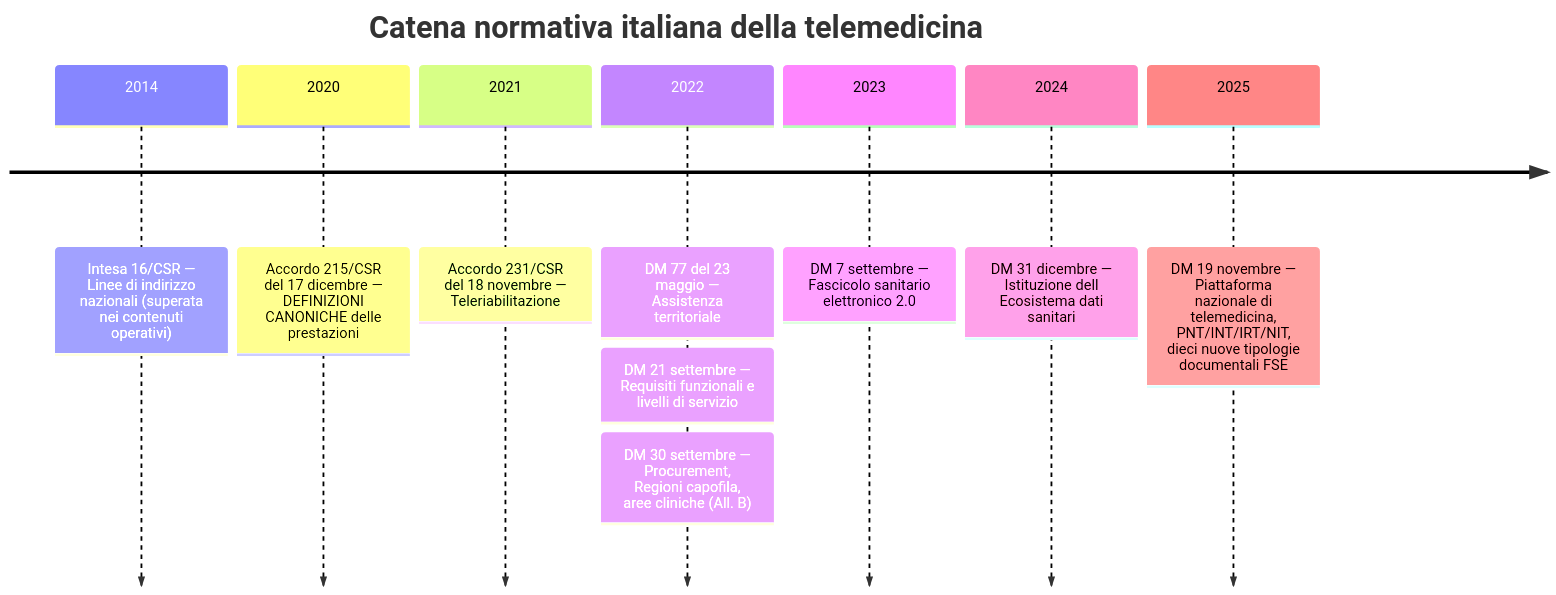
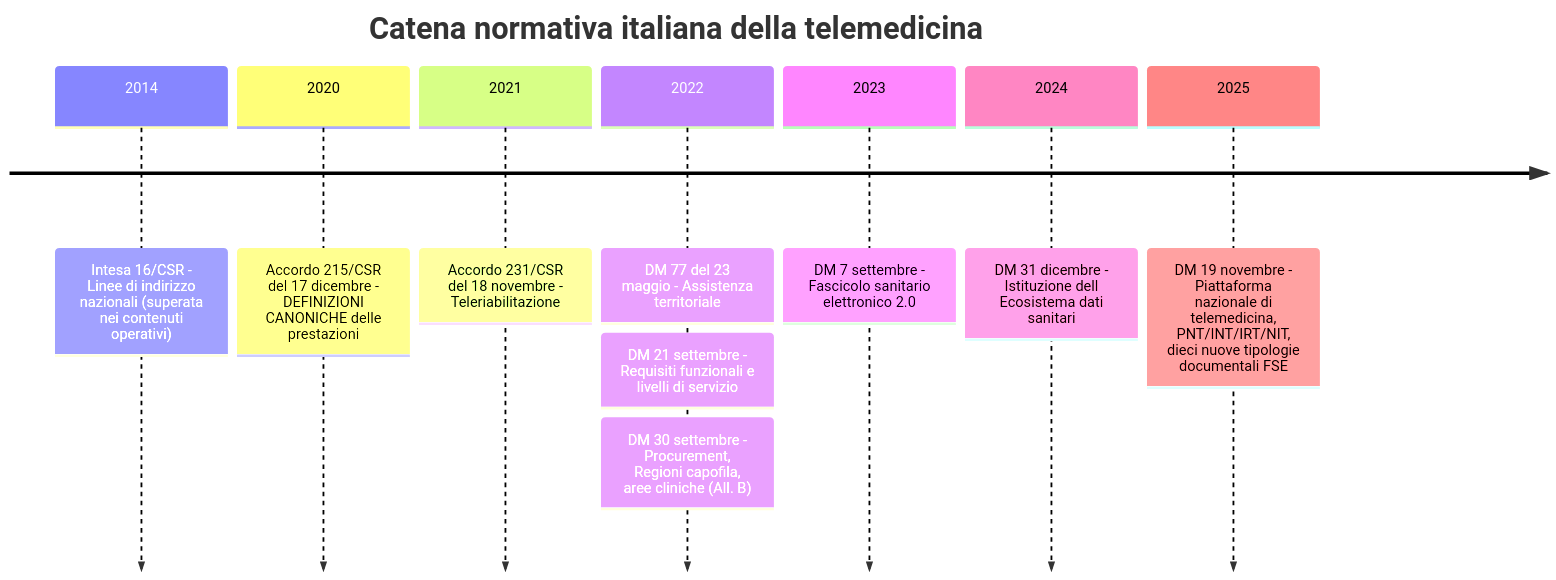
The first of 3 diagrams in docs/10_fondamenti/02-prestazioni-di-telemedicina.md (fedcal/Telemedic), drawn with Mermaid before and after one commit. The commit also changed other lines of this file and 301 other files, not shown here.

````diff
--- a/docs/10_fondamenti/02-prestazioni-di-telemedicina.md
+++ b/docs/10_fondamenti/02-prestazioni-di-telemedicina.md
@@ -114,11 +114,11 @@
 ```mermaid
 timeline
     title Catena normativa italiana della telemedicina
-    2014 : Intesa 16/CSR — Linee di indirizzo nazionali (superata nei contenuti operativi)
-    2020 : Accordo 215/CSR del 17 dicembre — DEFINIZIONI CANONICHE delle prestazioni
-    2021 : Accordo 231/CSR del 18 novembre — Teleriabilitazione
-    2022 : DM 77 del 23 maggio — Assistenza territoriale : DM 21 settembre — Requisiti funzionali e livelli di servizio : DM 30 settembre — Procurement, Regioni capofila, aree cliniche (All. B)
-    2023 : DM 7 settembre — Fascicolo sanitario elettronico 2.0
-    2024 : DM 31 dicembre — Istituzione dell Ecosistema dati sanitari
-    2025 : DM 19 novembre — Piattaforma nazionale di telemedicina, PNT/INT/IRT/NIT, dieci nuove tipologie documentali FSE
+    2014 : Intesa 16/CSR - Linee di indirizzo nazionali (superata nei contenuti operativi)
+    2020 : Accordo 215/CSR del 17 dicembre - DEFINIZIONI CANONICHE delle prestazioni
+    2021 : Accordo 231/CSR del 18 novembre - Teleriabilitazione
+    2022 : DM 77 del 23 maggio - Assistenza territoriale : DM 21 settembre - Requisiti funzionali e livelli di servizio : DM 30 settembre - Procurement, Regioni capofila, aree cliniche (All. B)
+    2023 : DM 7 settembre - Fascicolo sanitario elettronico 2.0
+    2024 : DM 31 dicembre - Istituzione dell Ecosistema dati sanitari
+    2025 : DM 19 novembre - Piattaforma nazionale di telemedicina, PNT/INT/IRT/NIT, dieci nuove tipologie documentali FSE
 ```
````
